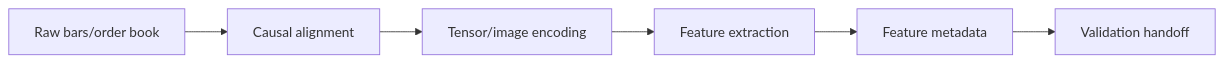
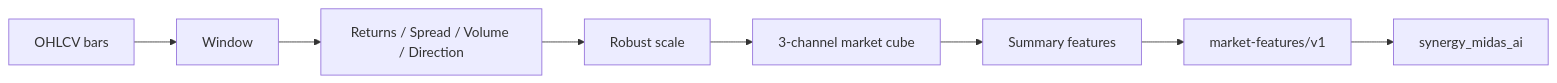
One commit to Shtenco/synergy_marketvision changed the diagram in README.md. Above: the diagram before and after it, drawn with Mermaid. The commit also changed other lines of this file, not shown here.

````diff
--- a/README.md
+++ b/README.md
@@ -72,4 +113,10 @@
 ```mermaid
 flowchart LR
-    N0[Raw bars/order book] --> N1[Causal alignment] --> N2[Tensor/image encoding] --> N3[Feature extraction] --> N4[Feature metadata] --> N5[Validation handoff]
+    B[OHLCV bars] --> W[Window]
+    W --> F[Returns / Spread / Volume / Direction]
+    F --> RS[Robust scale]
+    RS --> C[3-channel market cube]
+    C --> S[Summary features]
+    S --> P[market-features/v1]
+    P --> MIDAS[synergy_midas_ai]
 ```
````
